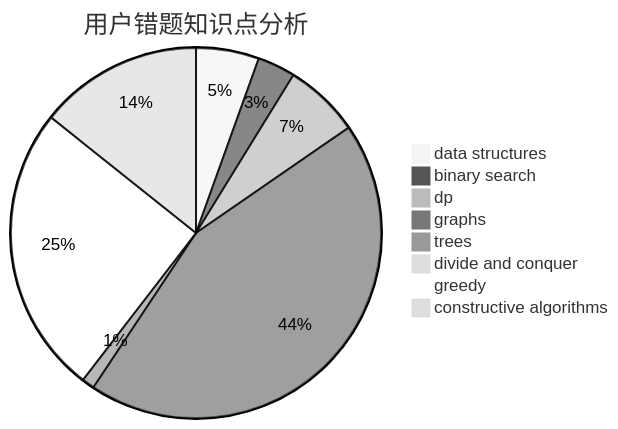
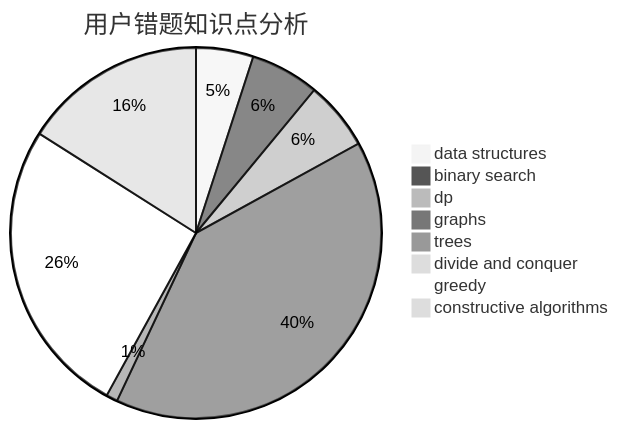
One commit to sherpahu/cfrs.github.io changed the third of 3 diagrams in docs/user/u747.md. Above: the diagram before and after it, drawn with Mermaid (neutral theme). The commit also changed other lines of this file and 2770 other files, not shown here.

````diff
--- a/docs/user/u747.md
+++ b/docs/user/u747.md
@@ -36,11 +36,11 @@
 ```mermaid
 pie title 用户错题知识点分析
     "data structures" :  5
-    "binary search" :  3
+    "binary search" :  6
     "dp" :  6
     "graphs" :  40
     "trees" :  1
     "divide and conquer" :  0
-    "greedy" :  23
-    "constructive algorithms" :  13
+    "greedy" :  26
+    "constructive algorithms" :  16
 ```
````
